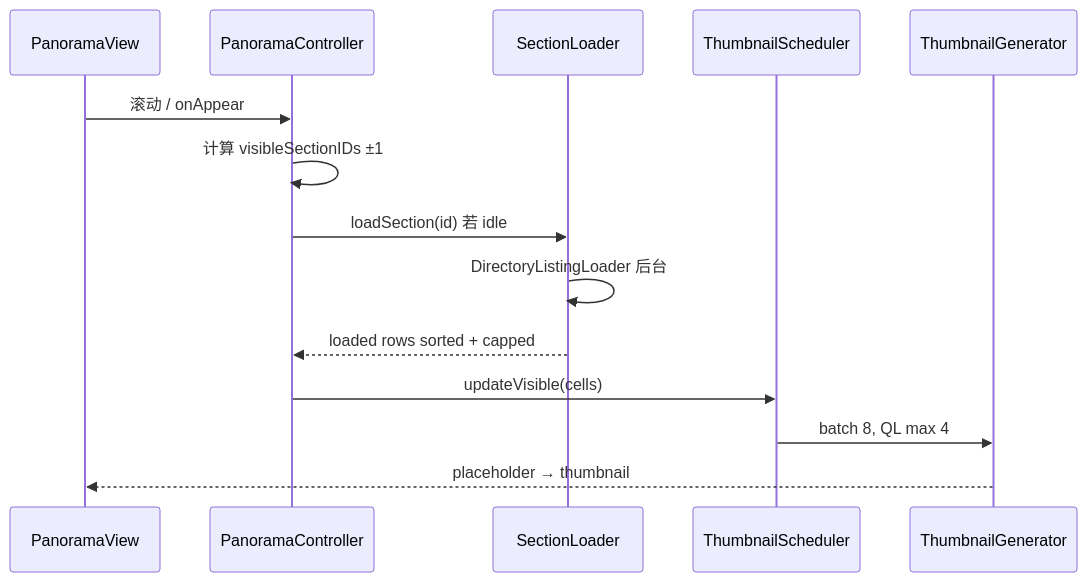
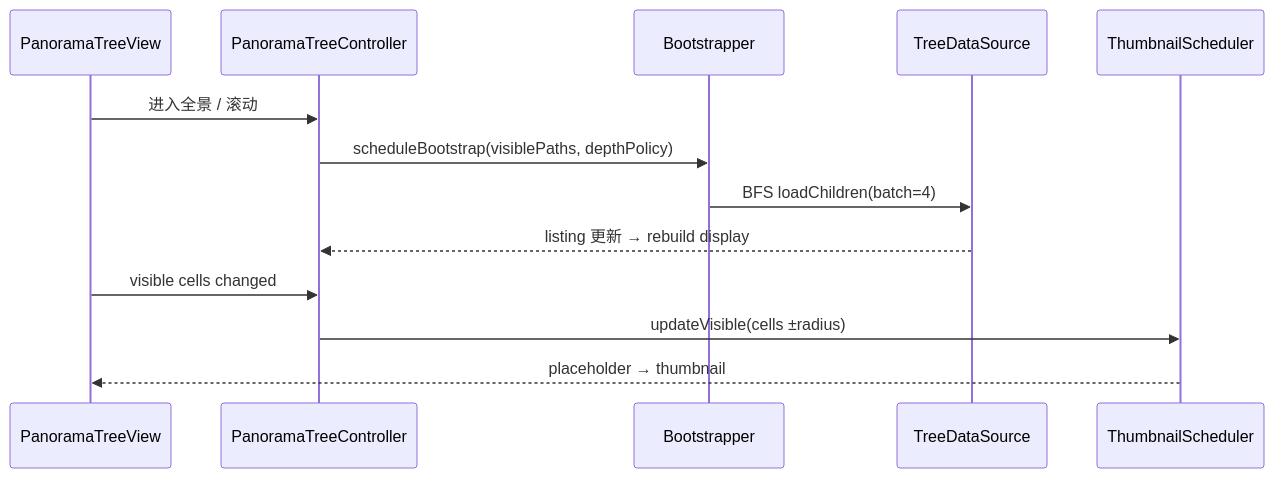
The second of 2 diagrams in docs/panorama-thumbnail-design.md (meetrize/macquickfinder), drawn with Mermaid before and after one commit. The commit also changed other lines of this file and 40 other files, not shown here.

First line of the commit message:
feat: 新增子目录全景缩略图模式，支持缩略图布局与展开深度设置

````diff
--- a/docs/panorama-thumbnail-design.md
+++ b/docs/panorama-thumbnail-design.md
@@ -280,17 +363,16 @@
 ```mermaid
 sequenceDiagram
-    participant UI as PanoramaView
-    participant PC as PanoramaController
-    participant SL as SectionLoader
+    participant UI as PanoramaTreeView
+    participant PC as PanoramaTreeController
+    participant BS as Bootstrapper
+    participant DS as TreeDataSource
     participant TS as ThumbnailScheduler
-    participant TG as ThumbnailGenerator
 
-    UI->>PC: 滚动 / onAppear
-    PC->>PC: 计算 visibleSectionIDs ±1
-    PC->>SL: loadSection(id) 若 idle
-    SL->>SL: DirectoryListingLoader 后台
-    SL-->>PC: loaded rows sorted + capped
-    PC->>TS: updateVisible(cells)
-    TS->>TG: batch 8, QL max 4
-    TG-->>UI: placeholder → thumbnail
+    UI->>PC: 进入全景 / 滚动
+    PC->>BS: scheduleBootstrap(visiblePaths, depthPolicy)
+    BS->>DS: BFS loadChildren(batch=4)
+    DS-->>PC: listing 更新 → rebuild display
+    UI->>PC: visible cells changed
+    PC->>TS: updateVisible(cells ±radius)
+    TS-->>UI: placeholder → thumbnail
 ```
````
